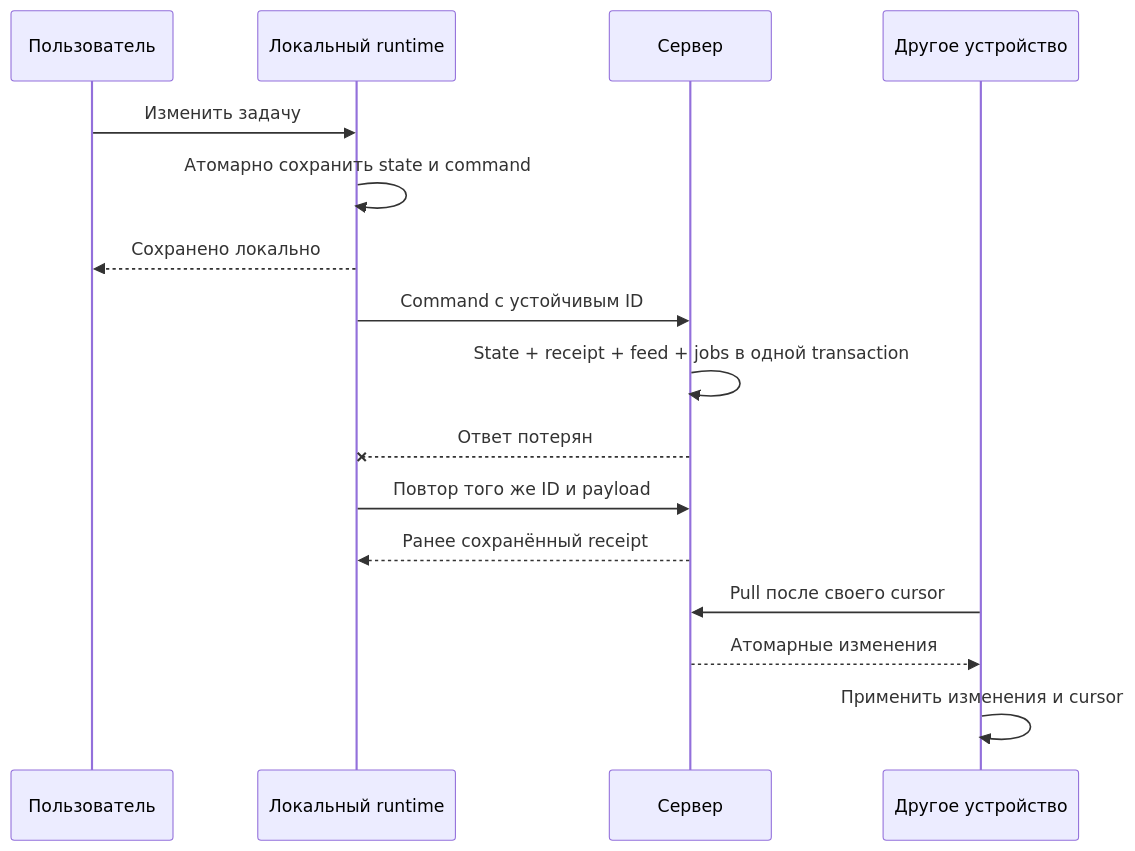
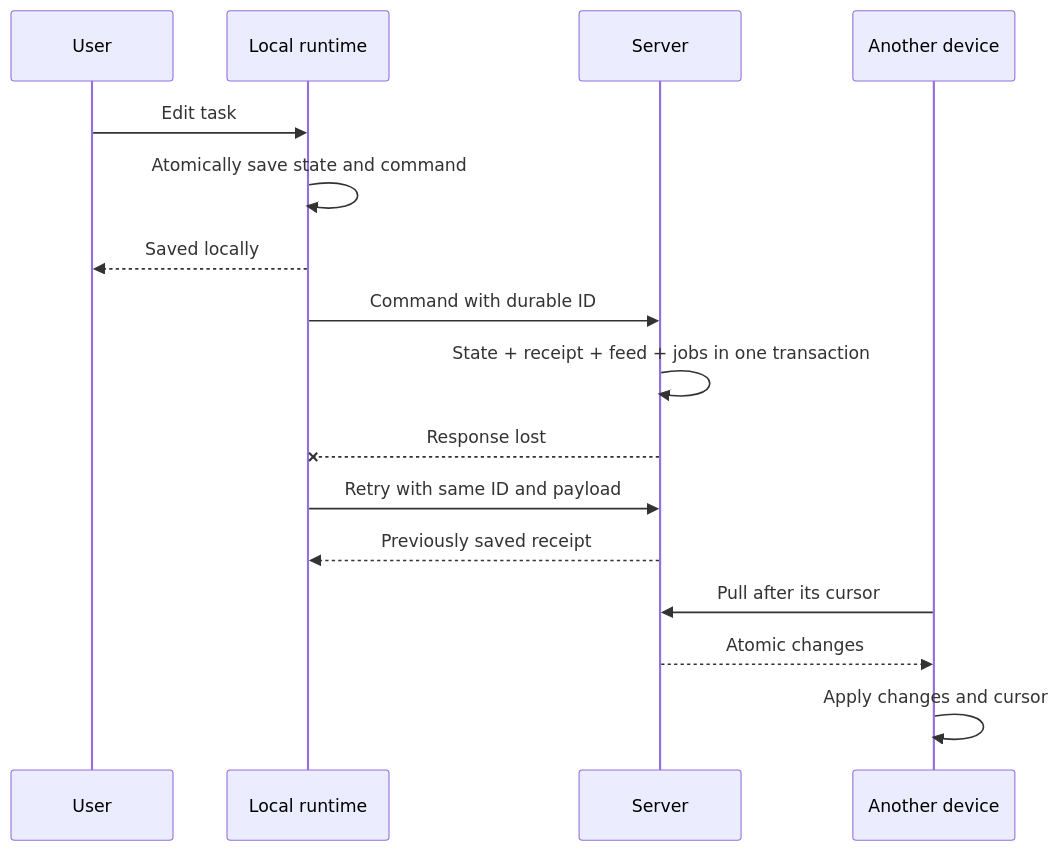
One commit to MaksimKravchuk/brain_buddy changed the second of 2 diagrams in specs/026-rust-core-sync/plan.md. Above: the diagram before and after it, drawn with Mermaid. The commit also changed other lines of this file and 12 other files, not shown here.

````diff
--- a/specs/026-rust-core-sync/plan.md
+++ b/specs/026-rust-core-sync/plan.md
@@ -94,18 +94,18 @@
 ```mermaid
 sequenceDiagram
-  participant U as Пользователь
-  participant L as Локальный runtime
-  participant S as Сервер
-  participant M as Другое устройство
-  U->>L: Изменить задачу
-  L->>L: Атомарно сохранить state и command
-  L-->>U: Сохранено локально
-  L->>S: Command с устойчивым ID
-  S->>S: State + receipt + feed + jobs в одной transaction
-  S--xL: Ответ потерян
-  L->>S: Повтор того же ID и payload
-  S-->>L: Ранее сохранённый receipt
-  M->>S: Pull после своего cursor
-  S-->>M: Атомарные изменения
-  M->>M: Применить изменения и cursor
+  participant U as User
+  participant L as Local runtime
+  participant S as Server
+  participant M as Another device
+  U->>L: Edit task
+  L->>L: Atomically save state and command
+  L-->>U: Saved locally
+  L->>S: Command with durable ID
+  S->>S: State + receipt + feed + jobs in one transaction
+  S--xL: Response lost
+  L->>S: Retry with same ID and payload
+  S-->>L: Previously saved receipt
+  M->>S: Pull after its cursor
+  S-->>M: Atomic changes
+  M->>M: Apply changes and cursor
 ```
````
